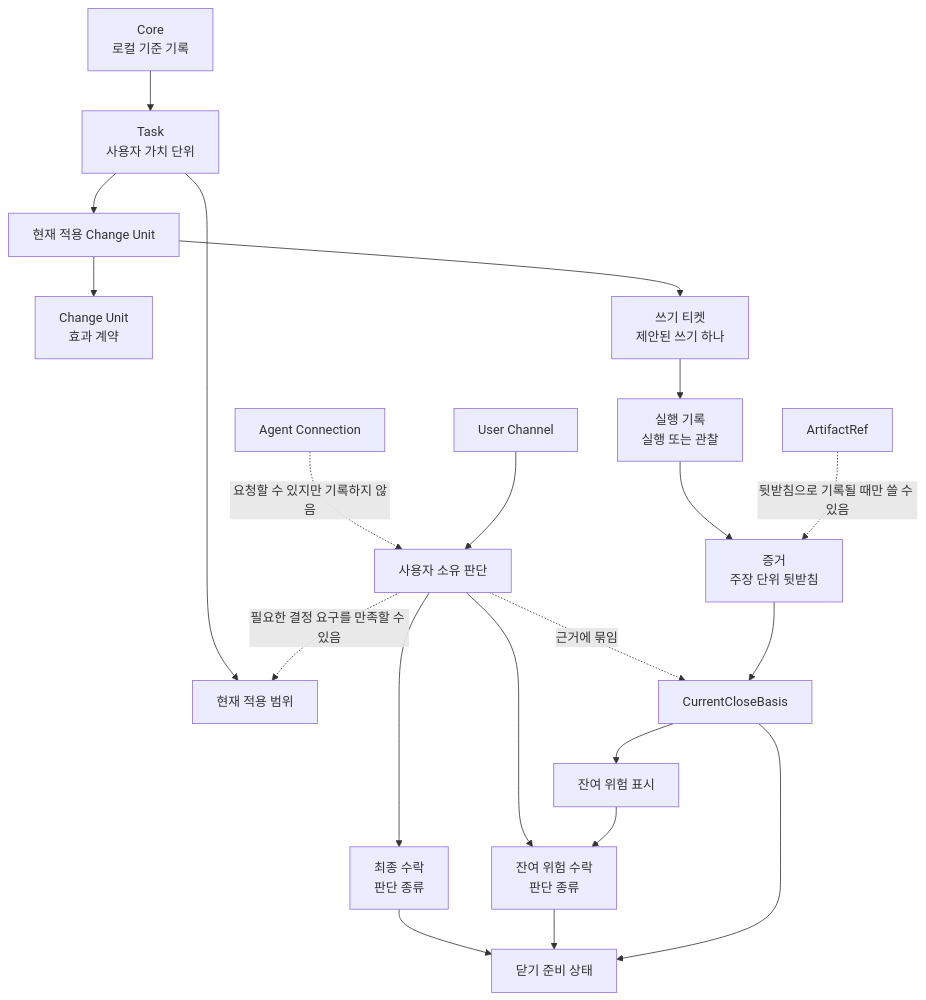
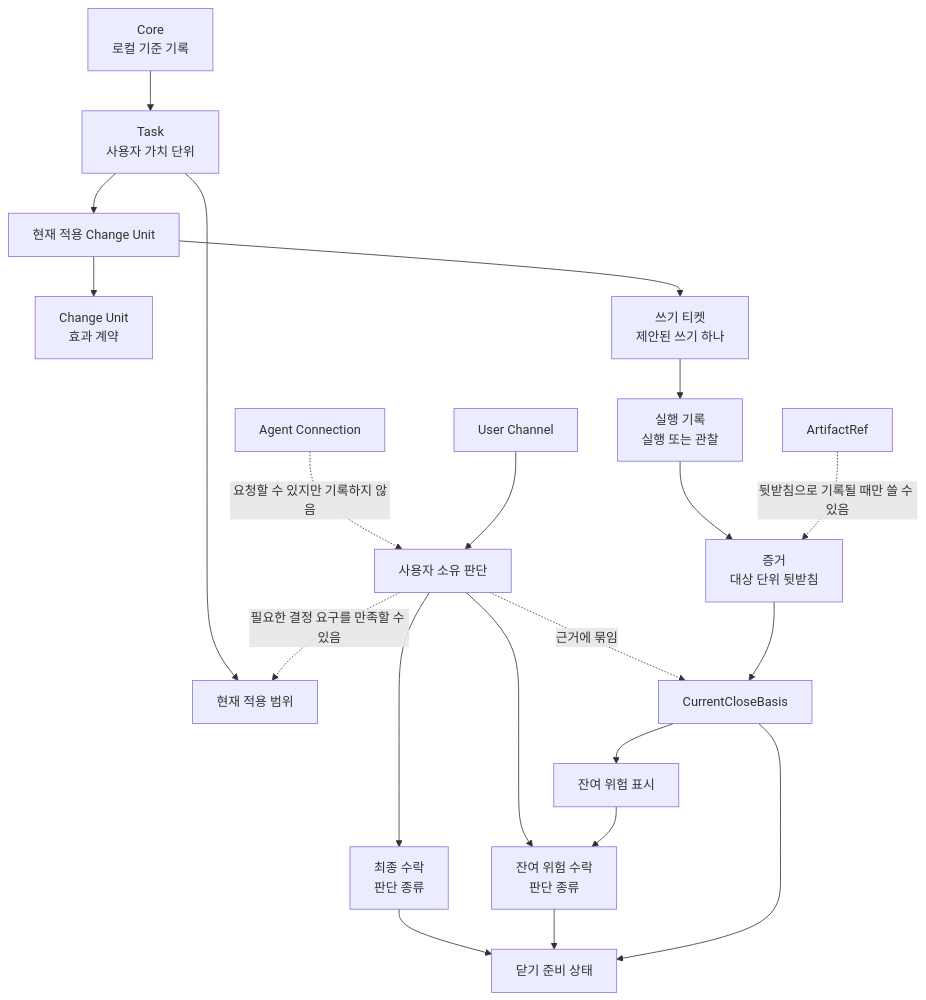
Before and after one commit to minjungw00/Volicord: the first of 2 diagrams in docs/ko/reference/core-model.md, drawn with Mermaid. The commit also changed other lines of this file and 80 other files, not shown here.

````diff
--- a/docs/ko/reference/core-model.md
+++ b/docs/ko/reference/core-model.md
@@ -93,23 +93,23 @@
 ```mermaid
 flowchart TD
     Core["Core<br/>로컬 기준 기록"] --> Task["Task<br/>사용자 가치 단위"]
     Task --> Scope["현재 적용 범위"]
     Task --> ChangeUnit["현재 적용 Change Unit"]
     ChangeUnit --> EffectContract["Change Unit<br/>효과 계약"]
     ChangeUnit --> WriteTicket["쓰기 티켓<br/>제안된 쓰기 하나"]
     WriteTicket --> Run["실행 기록<br/>실행 또는 관찰"]
-    Run --> Evidence["증거<br/>주장 단위 뒷받침"]
+    Run --> Evidence["증거<br/>대상 단위 뒷받침"]
     ArtifactRef["ArtifactRef"] -. "뒷받침으로 기록될 때만 쓸 수 있음" .-> Evidence
     AgentConnection["Agent Connection"] -. "요청할 수 있지만 기록하지 않음" .-> Judgment["사용자 소유 판단"]
     UserChannel["User Channel"] --> Judgment
     Judgment -. "필요한 결정 요구를 만족할 수 있음" .-> Scope
     Judgment -. "근거에 묶임" .-> CloseBasis["CurrentCloseBasis"]
     Evidence --> CloseBasis
     Judgment --> FinalAcceptance["최종 수락<br/>판단 종류"]
     Judgment --> RiskAcceptance["잔여 위험 수락<br/>판단 종류"]
     CloseBasis --> ResidualRisk["잔여 위험 표시"]
     ResidualRisk --> RiskAcceptance
     FinalAcceptance --> CloseReadiness
     RiskAcceptance --> CloseReadiness
     CloseBasis --> CloseReadiness["닫기 준비 상태"]
 ```
````
